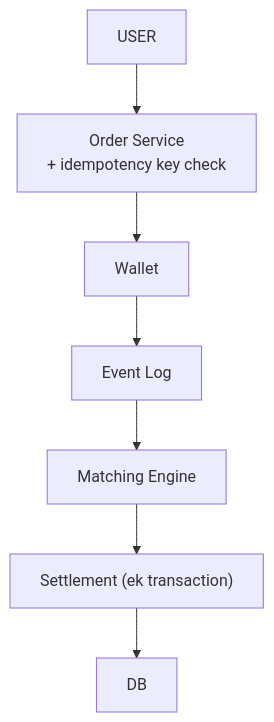
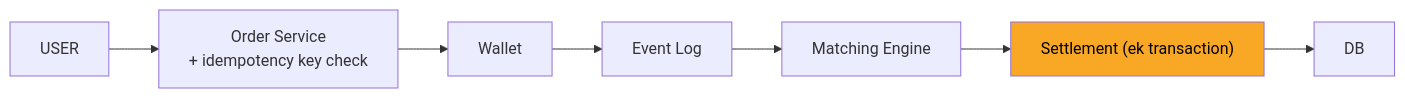
Before and after one commit to ArpanMaheshwari144/Prep: the seventh of 10 diagrams in 04_HLD/SYSTEM_DESIGNS/05_stock_broker_trading/05_stock_broker_trading.md, drawn with Mermaid. The commit also changed other lines of this file, not shown here.

Commit message:
stock: diagrams left to right, new box highlighted

````diff
--- a/04_HLD/SYSTEM_DESIGNS/05_stock_broker_trading/05_stock_broker_trading.md
+++ b/04_HLD/SYSTEM_DESIGNS/05_stock_broker_trading/05_stock_broker_trading.md
@@ -289,16 +295,17 @@
 ```mermaid
-flowchart TD
+flowchart LR
     n_USER["USER"]
     n_Order_Service["Order Service<br/>+ idempotency key check"]
     n_Wallet["Wallet"]
     n_Event_Log["Event Log"]
     n_Matching_Engine["Matching Engine"]
     n_Settlement["Settlement (ek transaction)"]
     n_DB["DB"]
     n_USER --> n_Order_Service
     n_Order_Service --> n_Wallet
     n_Wallet --> n_Event_Log
     n_Event_Log --> n_Matching_Engine
     n_Matching_Engine --> n_Settlement
     n_Settlement --> n_DB
+    style n_Settlement fill:#f9a825,color:#000
 ```
````
